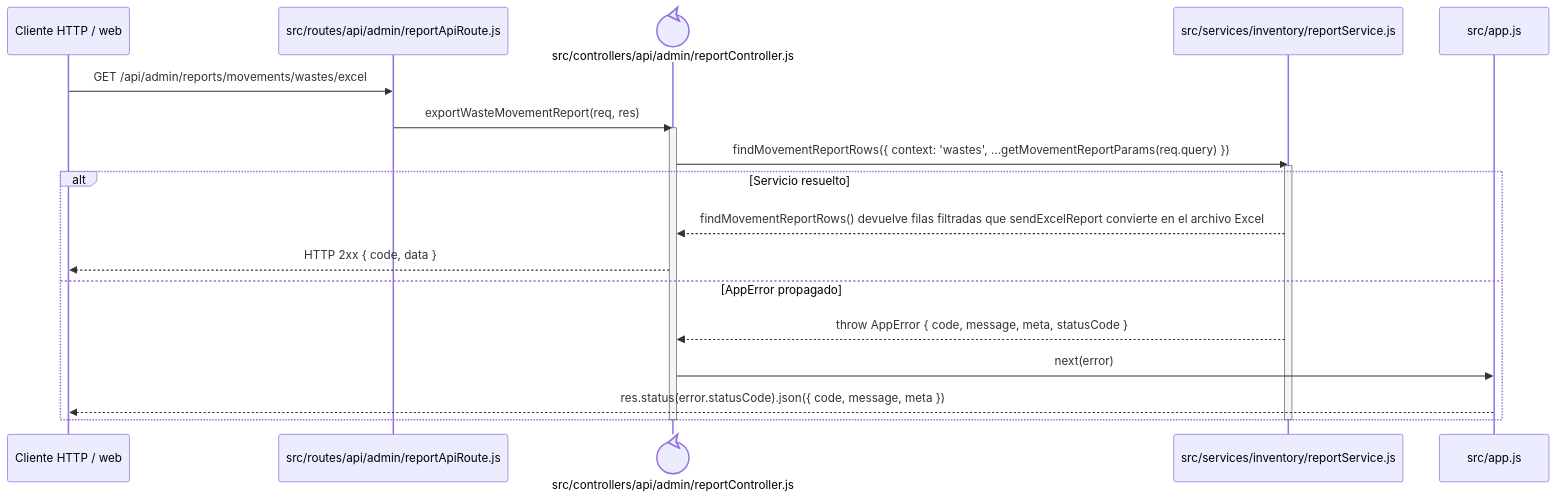
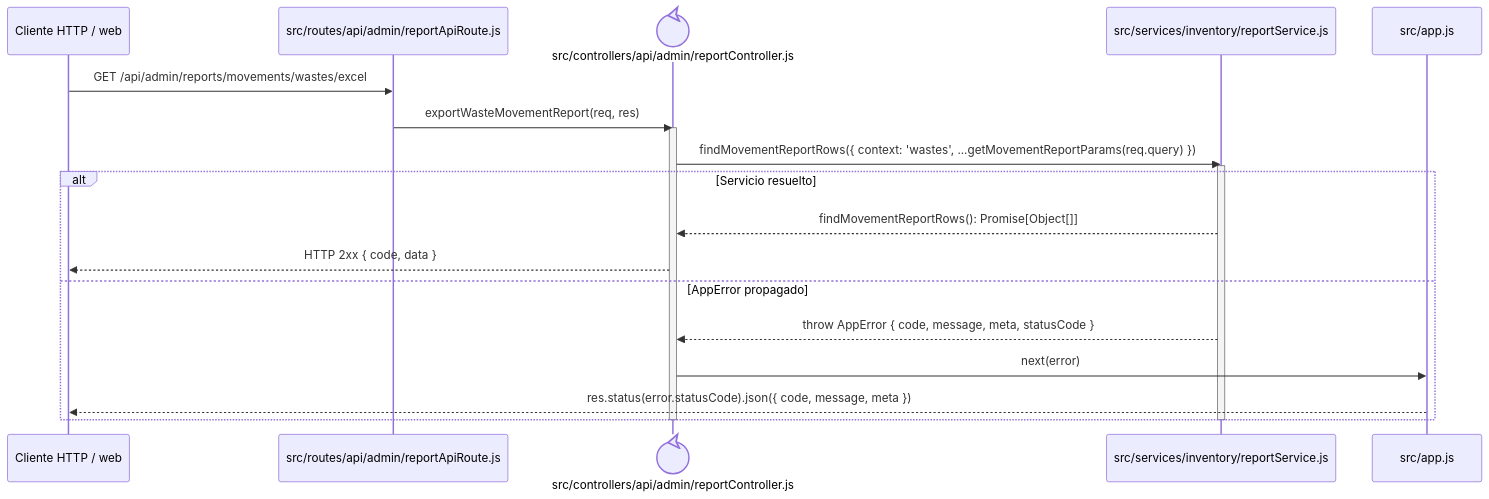
One commit to gpgsistemas01/nexus changed the diagram in docs/architecture/backend-code-sequences/catalogs/cu-alm-16.md. Above: the diagram before and after it, drawn with Mermaid. The commit also changed 146 other files, not shown here.

````diff
--- a/docs/architecture/backend-code-sequences/catalogs/cu-alm-16.md
+++ b/docs/architecture/backend-code-sequences/catalogs/cu-alm-16.md
@@ -6,24 +6,24 @@
 ```mermaid
 sequenceDiagram
     participant Client as Cliente HTTP / web
     participant Route as src/routes/api/admin/reportApiRoute.js
     participant Controller@{ "type": "control" } as src/controllers/api/admin/reportController.js
     participant Domain as src/services/inventory/reportService.js
     participant ErrorHandler as src/app.js
 
     Client->>Route: GET /api/admin/reports/movements/wastes/excel
     Route->>Controller: exportWasteMovementReport(req, res)
     activate Controller
     Controller->>Domain: findMovementReportRows({ context: 'wastes', ...getMovementReportParams(req.query) })
     activate Domain
     alt Servicio resuelto
-        Domain-->>Controller: findMovementReportRows() devuelve filas filtradas que sendExcelReport convierte en el archivo Excel
+        Domain-->>Controller: findMovementReportRows(): Promise[Object[]]
         Controller-->>Client: HTTP 2xx { code, data }
     else AppError propagado
         Domain-->>Controller: throw AppError { code, message, meta, statusCode }
         Controller->>ErrorHandler: next(error)
         ErrorHandler-->>Client: res.status(error.statusCode).json({ code, message, meta })
     end
     deactivate Domain
     deactivate Controller
 ```
````
